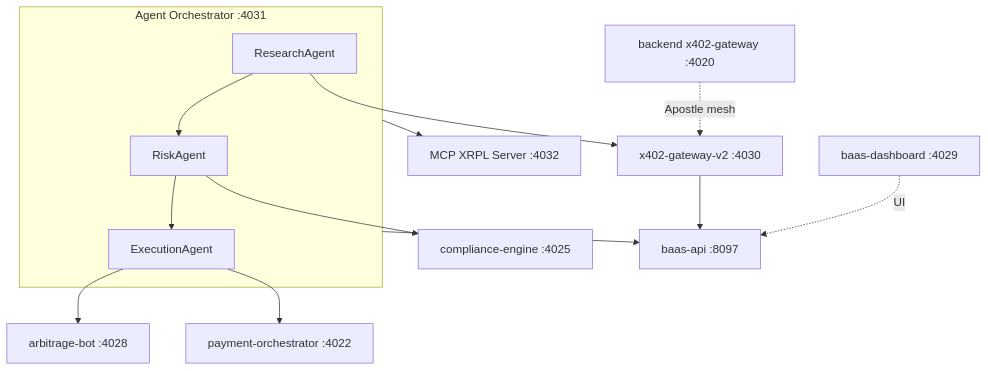
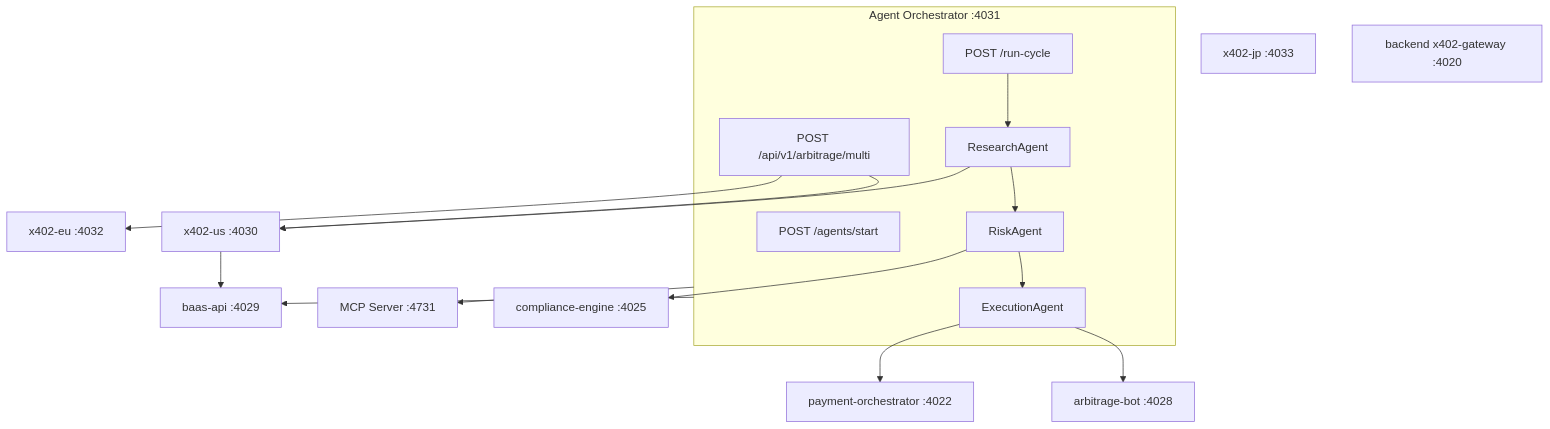
One commit to FTHTrading/Troptions-full-pack changed the diagram in docs/technical/AGENTIC_RAG_AMM.md. Above: the diagram before and after it, drawn with Mermaid. The commit also changed other lines of this file and 43 other files, not shown here.

Commit message:
feat: Multi-Gateway x402 Mesh + Agent Orchestration — 3 regional gateways (US/EU/JP), cross-gateway arbitrage, ATP price setting, one-command deployment

````diff
--- a/docs/technical/AGENTIC_RAG_AMM.md
+++ b/docs/technical/AGENTIC_RAG_AMM.md
@@ -14,28 +14,33 @@
 ```mermaid
 flowchart TB
-  subgraph agents [Agent Orchestrator :4031]
+  subgraph orch [Agent Orchestrator :4031]
+    START[POST /agents/start]
+    CYCLE[POST /run-cycle]
+    MULTI[POST /api/v1/arbitrage/multi]
     RA[ResearchAgent]
     RK[RiskAgent]
     EX[ExecutionAgent]
     RA --> RK --> EX
+    CYCLE --> RA
   end
 
-  MCP[MCP XRPL Server :4032]
+  MCP[MCP Server :4731]
   ARB[arbitrage-bot :4028]
   CE[compliance-engine :4025]
-  X4[x402-gateway-v2 :4030]
+  XUS[x402-us :4030]
+  XEU[x402-eu :4032]
+  XJP[x402-jp :4033]
+  BAAS[baas-api :4029]
   PO[payment-orchestrator :4022]
-  BAAS[baas-api :8097]
-  DASH[baas-dashboard :4029]
   X4M[backend x402-gateway :4020]
 
-  agents --> MCP
+  orch --> MCP
   EX --> ARB
   RK --> CE
-  RA --> X4
+  RA --> XUS
+  MULTI --> XUS
+  MULTI --> XEU
   EX --> PO
-  agents --> BAAS
-  X4 --> BAAS
-  DASH -. UI .-> BAAS
-  X4M -. Apostle mesh .-> X4
+  orch --> BAAS
+  XUS --> BAAS
 ```
````
